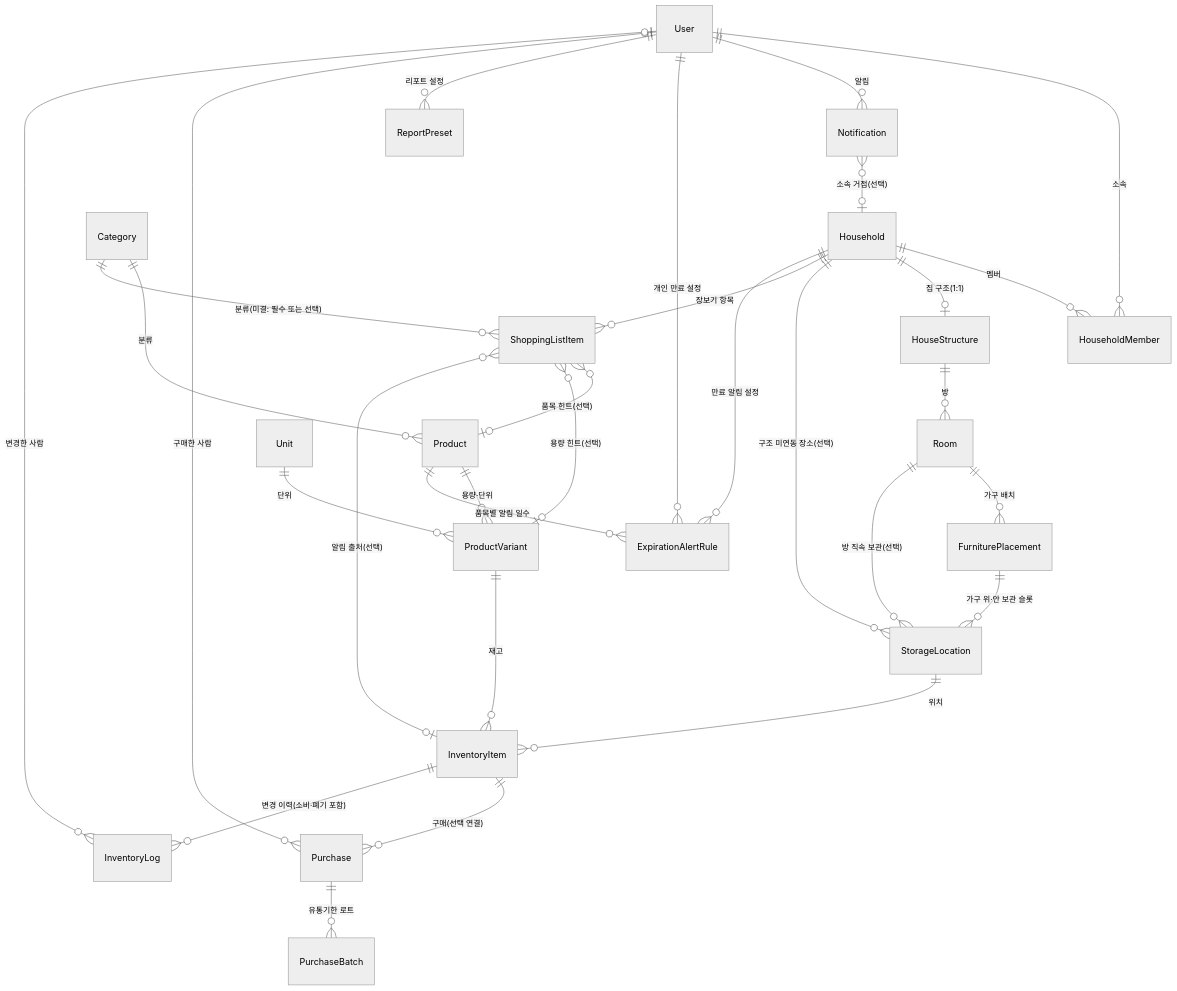
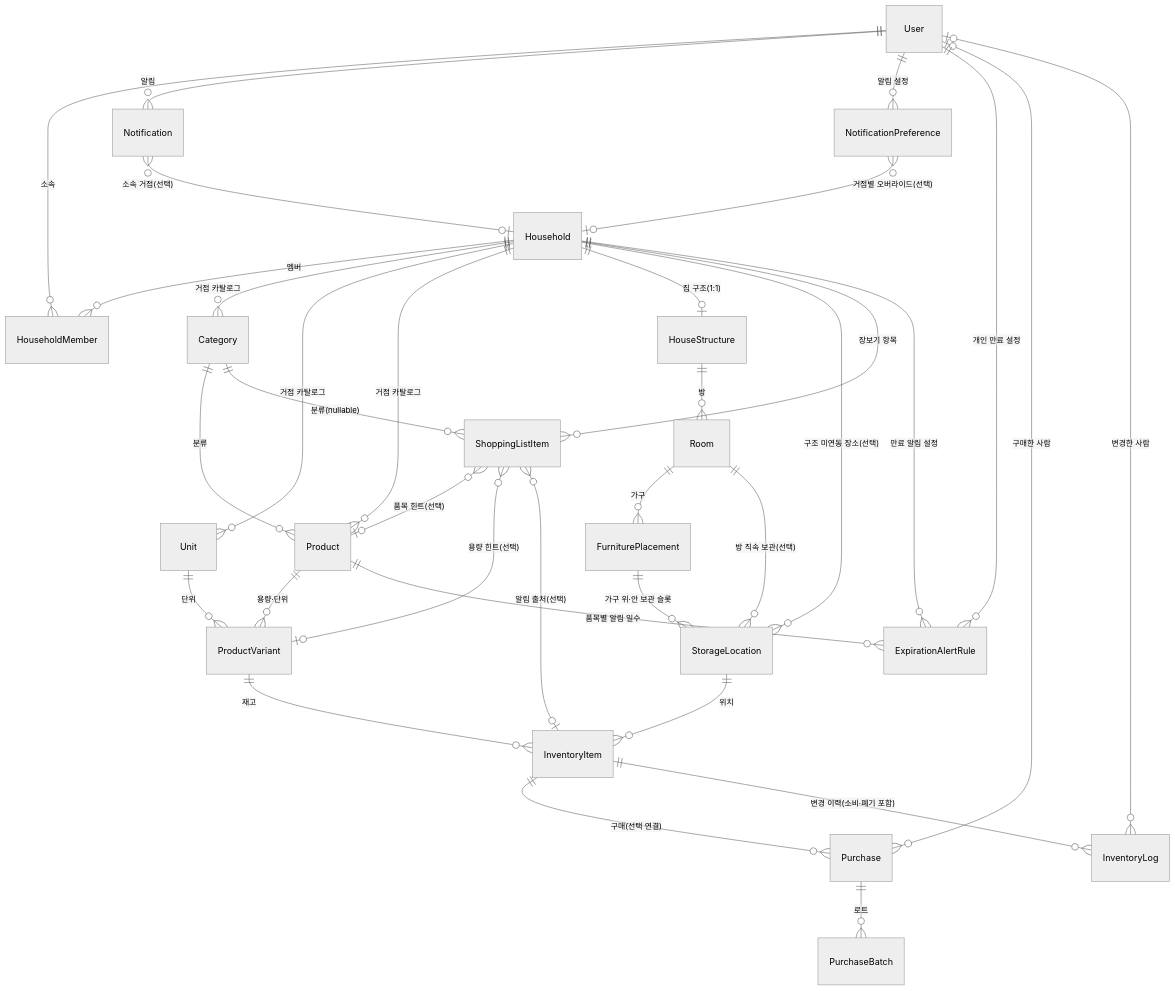
Before and after one commit to wukdddang/home-inventory-manager: the diagram in docs/v2/entity-conceptual-design.md, drawn with Mermaid (neutral theme). The commit also changed other lines of this file and 7 other files, not shown here.

First line of the commit message:
feat: 카탈로그 Household-scoped 및 NotificationPreference 테이블 추가

````diff
--- a/docs/v2/entity-conceptual-design.md
+++ b/docs/v2/entity-conceptual-design.md
@@ -19,40 +24,44 @@
 ```mermaid
 erDiagram
     User ||--o{ HouseholdMember : "소속"
     Household ||--o{ HouseholdMember : "멤버"
 
+    Household ||--o{ Category : "거점 카탈로그"
+    Household ||--o{ Unit : "거점 카탈로그"
+    Household ||--o{ Product : "거점 카탈로그"
     Category ||--o{ Product : "분류"
 
     Household ||--o| HouseStructure : "집 구조(1:1)"
     HouseStructure ||--o{ Room : "방"
-    Room ||--o{ FurniturePlacement : "가구 배치"
+    Room ||--o{ FurniturePlacement : "가구"
     Room ||--o{ StorageLocation : "방 직속 보관(선택)"
     FurniturePlacement ||--o{ StorageLocation : "가구 위·안 보관 슬롯"
     Household ||--o{ StorageLocation : "구조 미연동 장소(선택)"
     Household ||--o{ ShoppingListItem : "장보기 항목"
     Household ||--o{ ExpirationAlertRule : "만료 알림 설정"
 
     Product ||--o{ ProductVariant : "용량·단위"
     Product ||--o{ ExpirationAlertRule : "품목별 알림 일수"
     Unit ||--o{ ProductVariant : "단위"
 
     ProductVariant ||--o{ InventoryItem : "재고"
     StorageLocation ||--o{ InventoryItem : "위치"
 
     InventoryItem ||--o{ Purchase : "구매(선택 연결)"
-    Purchase ||--o{ PurchaseBatch : "유통기한 로트"
+    Purchase ||--o{ PurchaseBatch : "로트"
     InventoryItem ||--o{ InventoryLog : "변경 이력(소비·폐기 포함)"
 
     Purchase }o--o| User : "구매한 사람"
     InventoryLog }o--o| User : "변경한 사람"
 
-    Category ||--o{ ShoppingListItem : "분류(미결: 필수 또는 선택)"
+    Category ||--o{ ShoppingListItem : "분류(nullable)"
     ShoppingListItem }o--o| Product : "품목 힌트(선택)"
     ShoppingListItem }o--o| ProductVariant : "용량 힌트(선택)"
     ShoppingListItem }o--o| InventoryItem : "알림 출처(선택)"
 
     User ||--o{ Notification : "알림"
     Notification }o--o| Household : "소속 거점(선택)"
+    User ||--o{ NotificationPreference : "알림 설정"
+    NotificationPreference }o--o| Household : "거점별 오버라이드(선택)"
     User ||--o{ ExpirationAlertRule : "개인 만료 설정"
-    User ||--o{ ReportPreset : "리포트 설정"
 ```
````
